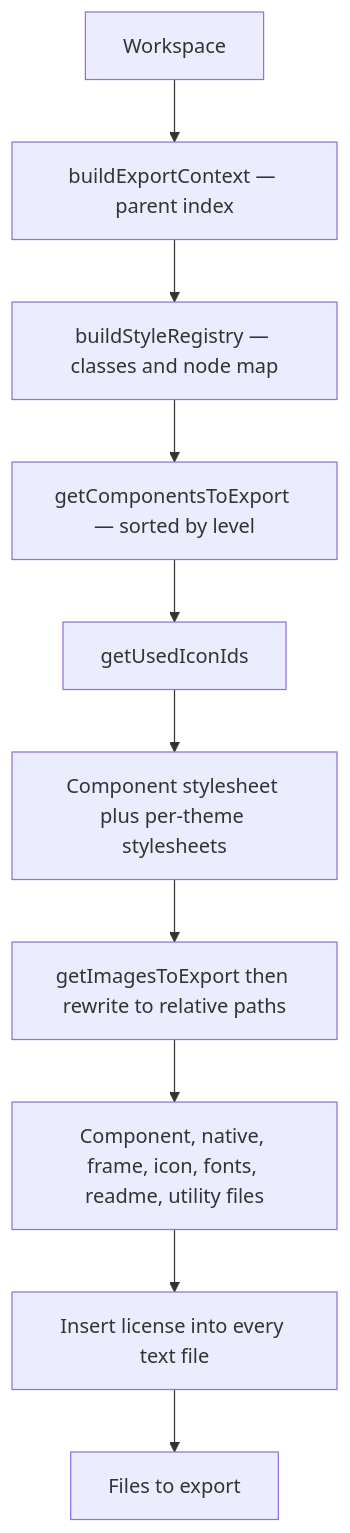
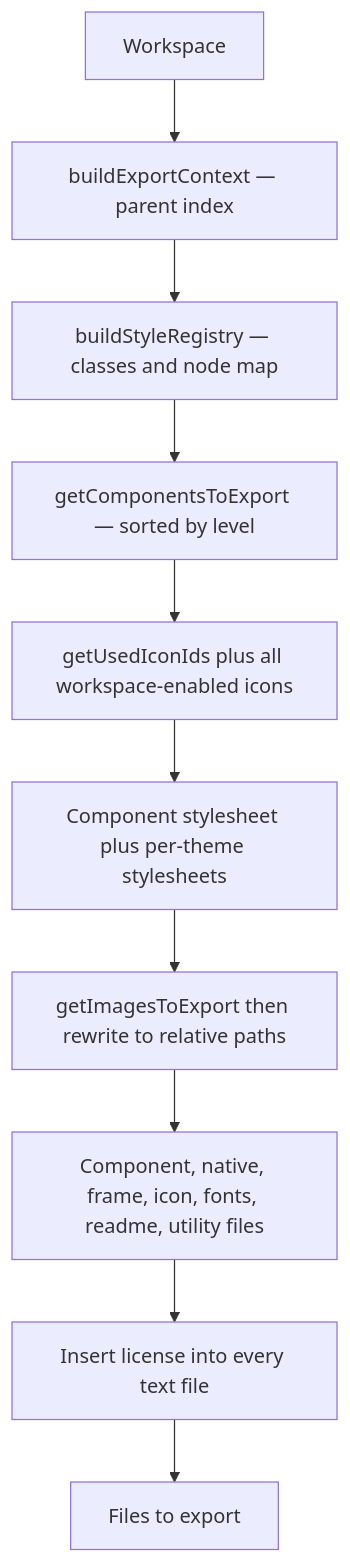
Before and after one commit to SeldonDigital/seldon: the diagram in packages/factory/README.md, drawn with Mermaid. The commit also changed other lines of this file and 35 other files, not shown here.

First line of the commit message:
Update documentation references and improve schema clarity

````diff
--- a/packages/factory/README.md
+++ b/packages/factory/README.md
@@ -77,12 +80,12 @@
 ```mermaid
 flowchart TD
   workspace[Workspace] --> context[buildExportContext — parent index]
   context --> registry[buildStyleRegistry — classes and node map]
   registry --> discover[getComponentsToExport — sorted by level]
-  discover --> icons[getUsedIconIds]
+  discover --> icons[getUsedIconIds plus all workspace-enabled icons]
   icons --> css[Component stylesheet plus per-theme stylesheets]
   css --> images[getImagesToExport then rewrite to relative paths]
   images --> files[Component, native, frame, icon, fonts, readme, utility files]
   files --> license[Insert license into every text file]
   license --> output[Files to export]
 ```
````
